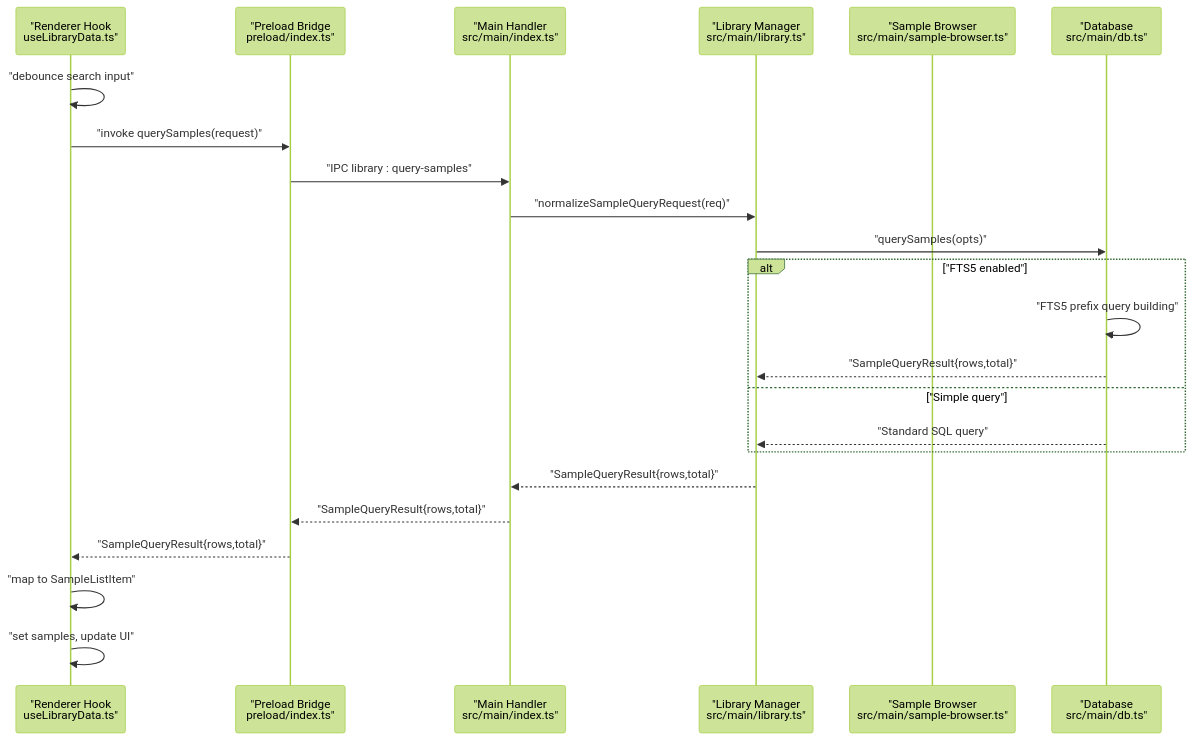
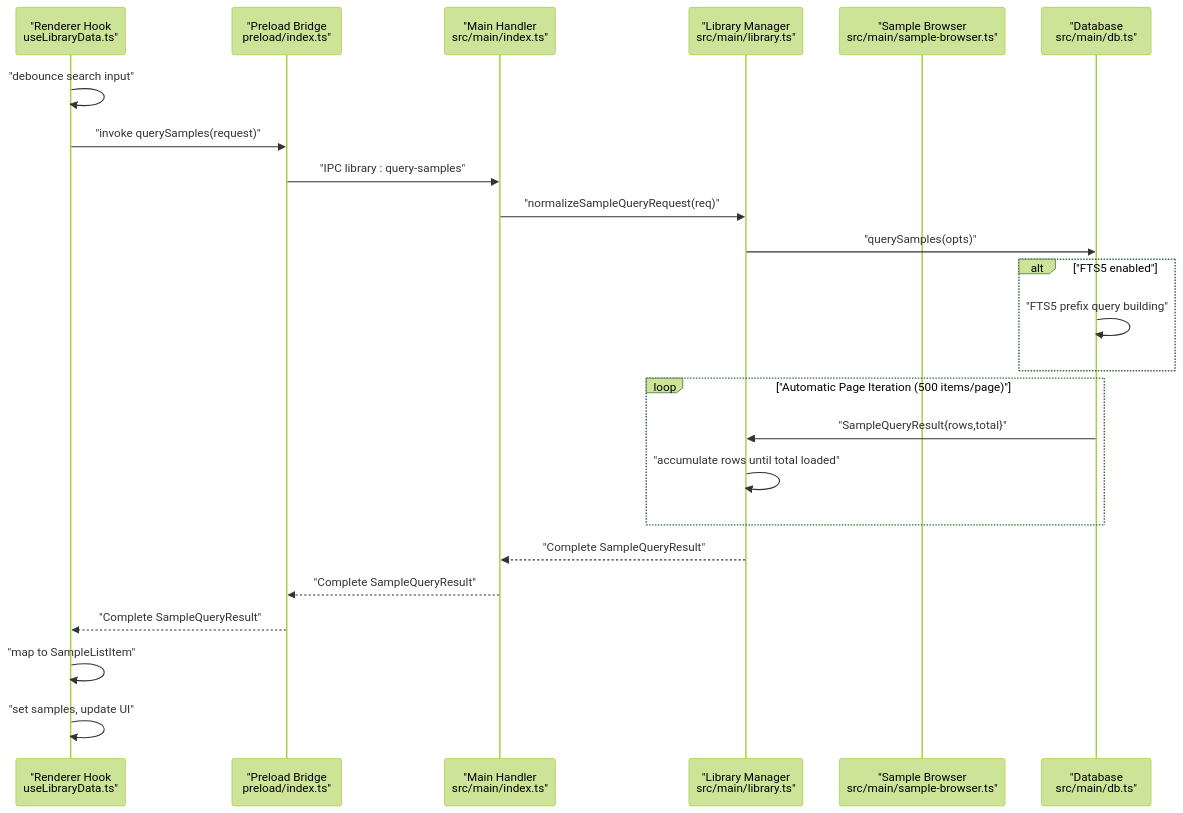
Before and after one commit to satyrlord/mixjam-electron: the second of 10 diagrams in .qoder/repowiki/en/content/Sample Browser.md, drawn with Mermaid (forest theme). The commit also changed other lines of this file and 8 other files, not shown here.

````diff
--- a/.qoder/repowiki/en/content/Sample Browser.md
+++ b/.qoder/repowiki/en/content/Sample Browser.md
@@ -158,25 +159,26 @@
 ```mermaid
 sequenceDiagram
 participant R as "Renderer Hook<br/>useLibraryData.ts"
 participant P as "Preload Bridge<br/>preload/index.ts"
 participant M as "Main Handler<br/>src/main/index.ts"
 participant L as "Library Manager<br/>src/main/library.ts"
 participant S as "Sample Browser<br/>src/main/sample-browser.ts"
 participant D as "Database<br/>src/main/db.ts"
 R->>R : "debounce search input"
 R->>P : "invoke querySamples(request)"
 P->>M : "IPC library : query-samples"
 M->>L : "normalizeSampleQueryRequest(req)"
 L->>D : "querySamples(opts)"
 alt "FTS5 enabled"
 D->>D : "FTS5 prefix query building"
-D-->>L : "SampleQueryResult{rows,total}"
-else "Simple query"
-D-->>L : "Standard SQL query"
 end
-L-->>M : "SampleQueryResult{rows,total}"
-M-->>P : "SampleQueryResult{rows,total}"
-P-->>R : "SampleQueryResult{rows,total}"
+loop "Automatic Page Iteration (500 items/page)"
+D->>L : "SampleQueryResult{rows,total}"
+L->>L : "accumulate rows until total loaded"
+end
+L-->>M : "Complete SampleQueryResult"
+M-->>P : "Complete SampleQueryResult"
+P-->>R : "Complete SampleQueryResult"
 R->>R : "map to SampleListItem"
 R->>R : "set samples, update UI"
 ```
````
